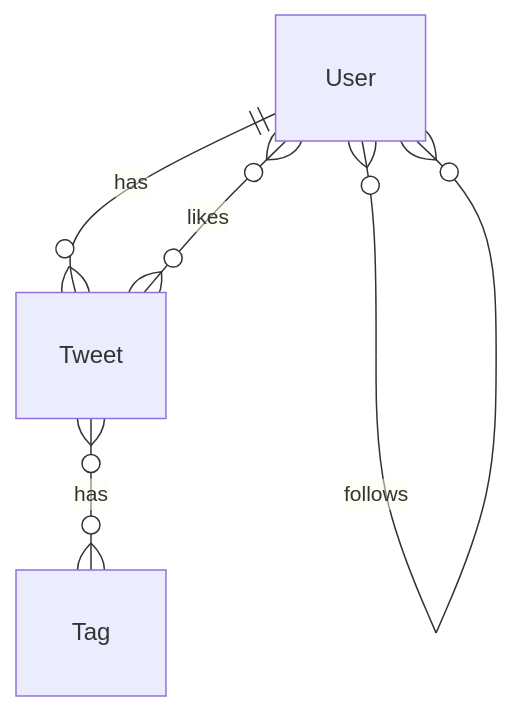
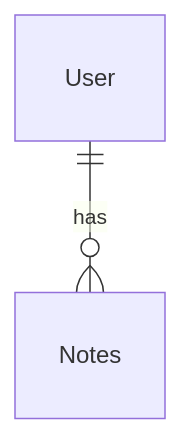
One commit to simon-jaeger/sae-php-frameworks changed the diagram in _docs/database.md. Above: the diagram before and after it, drawn with Mermaid. The commit also changed 18 other files, not shown here.

````diff
--- a/_docs/database.md
+++ b/_docs/database.md
@@ -3,7 +3,4 @@
 ```mermaid
 erDiagram
-    User ||--o{ Tweet: "has"
-    User }o--o{ Tweet: "likes"
-    User }o--o{ User: "follows"
-    Tweet }o--o{ Tag: "has"
+    User ||--o{ Notes: "has"
 ```
````
